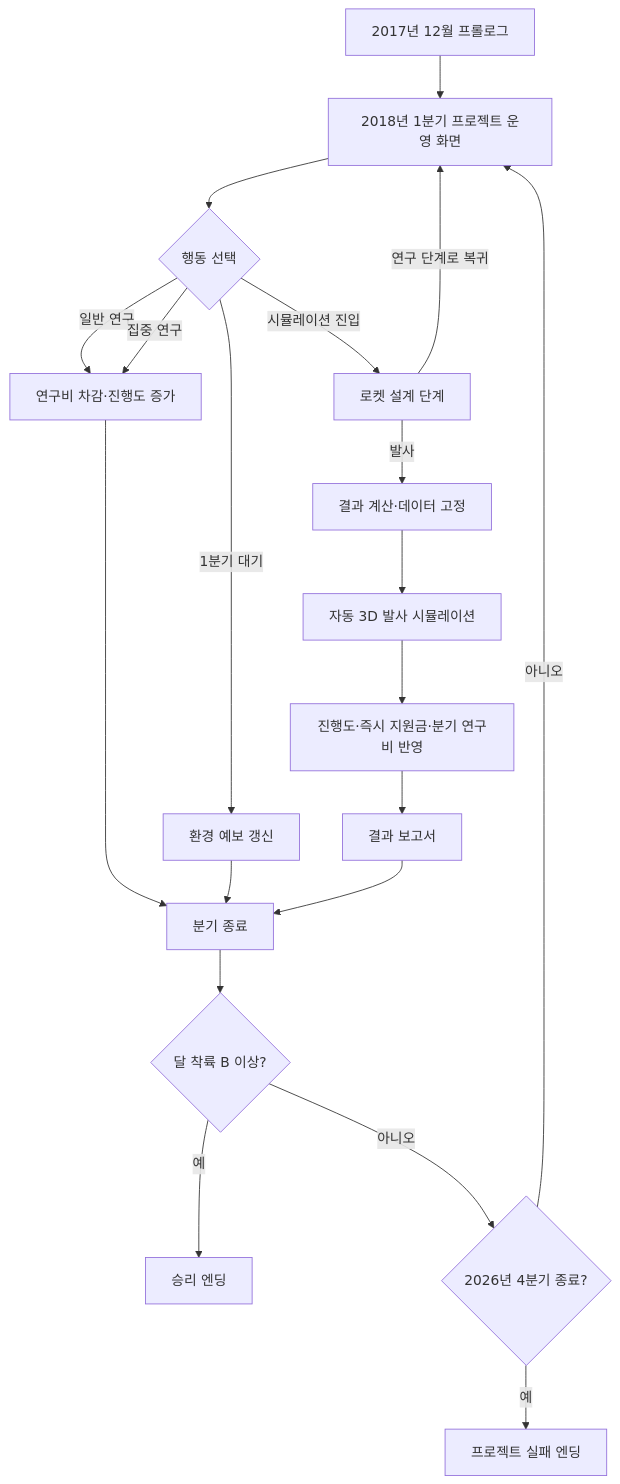
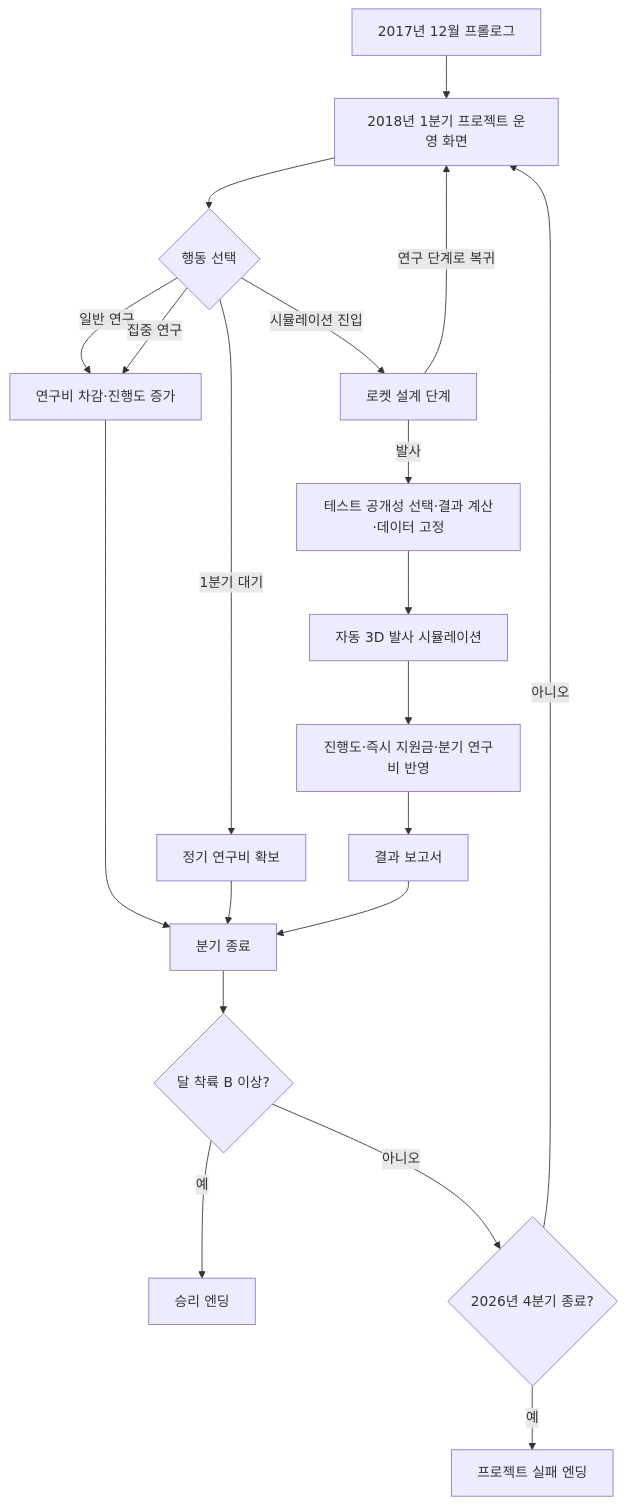
Before and after one commit to NHNAI-26/2026NHNAI: the first of 2 diagrams in docs/artemis-2026-gdd/02_전체_플레이_흐름.md, drawn with Mermaid. The commit also changed other lines of this file and 20 other files, not shown here.

````diff
--- a/docs/artemis-2026-gdd/02_전체_플레이_흐름.md
+++ b/docs/artemis-2026-gdd/02_전체_플레이_흐름.md
@@ -8,22 +8,22 @@
 ```mermaid
 flowchart TD
     A[2017년 12월 프롤로그] --> B[2018년 1분기 프로젝트 운영 화면]
     B --> C{행동 선택}
     C -->|일반 연구| D[연구비 차감·진행도 증가]
     C -->|집중 연구| D
-    C -->|1분기 대기| E[환경 예보 갱신]
+    C -->|1분기 대기| E[정기 연구비 확보]
     C -->|시뮬레이션 진입| F[로켓 설계 단계]
     F -->|연구 단계로 복귀| B
-    F -->|발사| G[결과 계산·데이터 고정]
+    F -->|발사| G[테스트 공개성 선택·결과 계산·데이터 고정]
     G --> H[자동 3D 발사 시뮬레이션]
     H --> I[진행도·즉시 지원금·분기 연구비 반영]
     I --> Q[결과 보고서]
     D --> J[분기 종료]
     E --> J
     Q --> J
     J --> K{달 착륙 B 이상?}
     K -->|예| L[승리 엔딩]
     K -->|아니오| M{2026년 4분기 종료?}
     M -->|아니오| B
     M -->|예| N[프로젝트 실패 엔딩]
 ```
````
